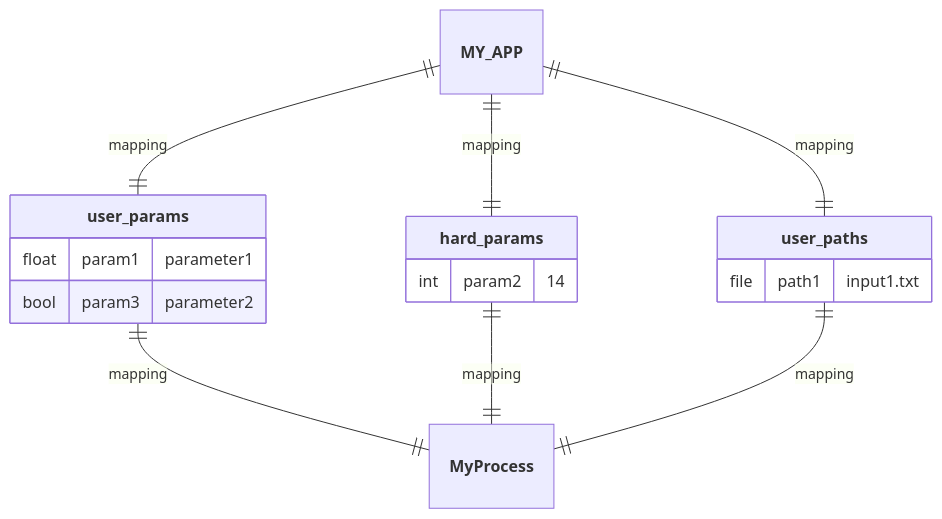
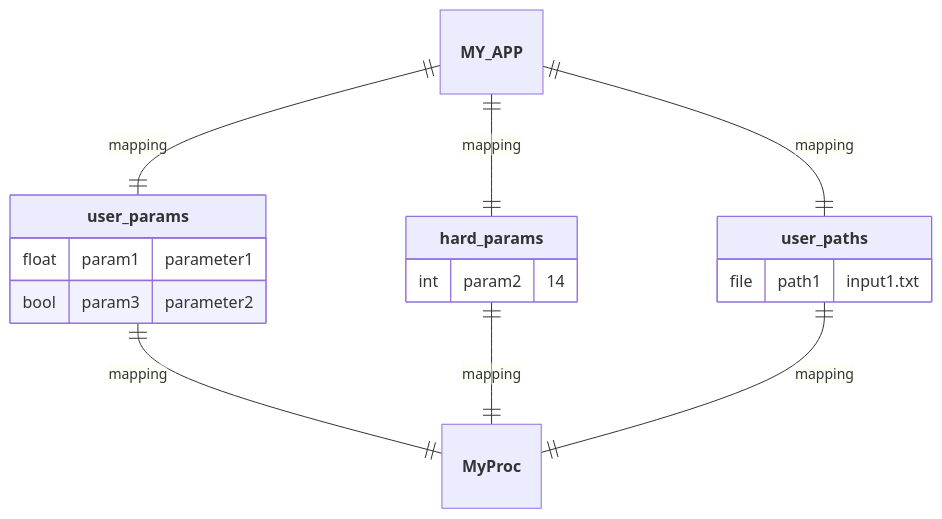
One commit to nuremics/nuremics changed the eighth of 17 diagrams in README.md. Above: the diagram before and after it, drawn with Mermaid. The commit also changed other lines of this file, not shown here.

````diff
--- a/README.md
+++ b/README.md
@@ -231,20 +231,20 @@
 ```mermaid
 erDiagram
   **MY_APP** ||--|| **user_params** : mapping
   **MY_APP** ||--|| **hard_params** : mapping
   **MY_APP** ||--|| **user_paths** : mapping
-  **user_params** ||--|| **MyProcess** : mapping
-  **hard_params** ||--|| **MyProcess** : mapping
-  **user_paths** ||--|| **MyProcess** : mapping
+  **user_params** ||--|| **MyProc** : mapping
+  **hard_params** ||--|| **MyProc** : mapping
+  **user_paths** ||--|| **MyProc** : mapping
 
   **user_params** {
     float param1 "parameter1"
     bool param3 "parameter2"
   }
   **hard_params** {
     int param2 "14"
   }
   **user_paths** {
     file path1 "input1.txt"
   }
 ```
````
